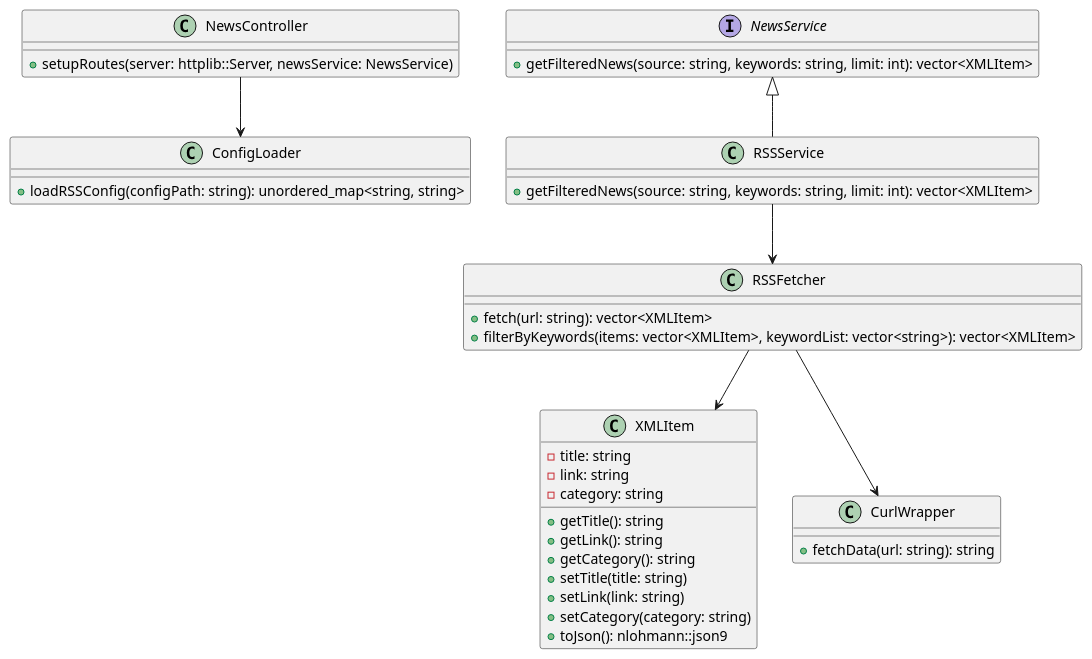
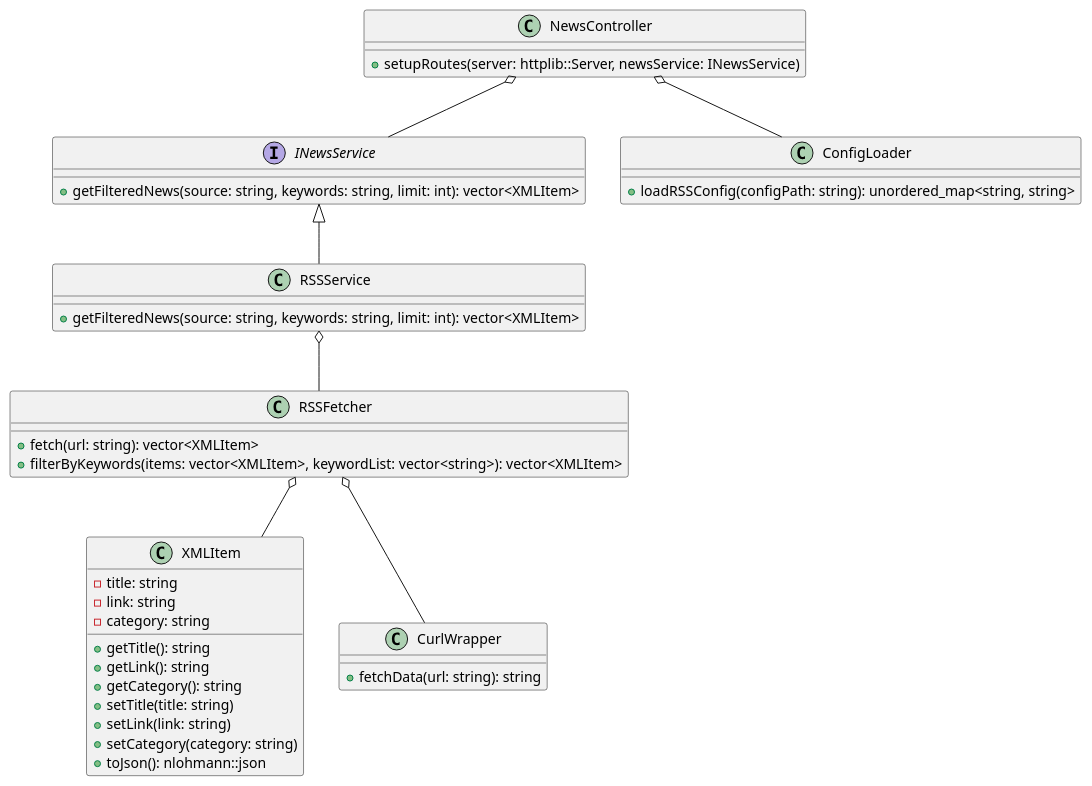
Before and after one commit to seregamikhailov/rss_agregator_news: the diagram in docs/diagrams.puml, drawn with PlantUML.

Commit message:
update uml

```diff
--- a/docs/diagrams.puml
+++ b/docs/diagrams.puml
@@ -1,48 +1,43 @@
 @startuml
-
-class NewsController {
-    +setupRoutes(server: httplib::Server, newsService: NewsService)
-}
-
-interface NewsService  {
+interface INewsService  {
     +getFilteredNews(source: string, keywords: string, limit: int): vector<XMLItem>
 }
-
+class NewsController {
+    +setupRoutes(server: httplib::Server, newsService: INewsService)
+}
 class RSSService {
     +getFilteredNews(source: string, keywords: string, limit: int): vector<XMLItem>
 }
 
 class RSSFetcher {
     +fetch(url: string): vector<XMLItem>
     +filterByKeywords(items: vector<XMLItem>, keywordList: vector<string>): vector<XMLItem>
 }
 
 class XMLItem {
     -title: string
     -link: string
     -category: string
     +getTitle(): string
     +getLink(): string
     +getCategory(): string
     +setTitle(title: string)
     +setLink(link: string)
     +setCategory(category: string)
-    +toJson(): nlohmann::json9
+    +toJson(): nlohmann::json
 }
 
 class ConfigLoader {
     +loadRSSConfig(configPath: string): unordered_map<string, string>
 }
 
 class CurlWrapper {
     +fetchData(url: string): string
 }
-NewsService <|-- RSSService
-RSSService --> RSSFetcher
-RSSFetcher --> XMLItem
-NewsController --> ConfigLoader
-RSSFetcher --> CurlWrapper
-
-
-
+NewsController o-- INewsService
+NewsController o-- ConfigLoader
+INewsService <|-- RSSService
+RSSService o-- RSSFetcher
+RSSFetcher o-- XMLItem
+RSSFetcher o--CurlWrapper
 @enduml
```
